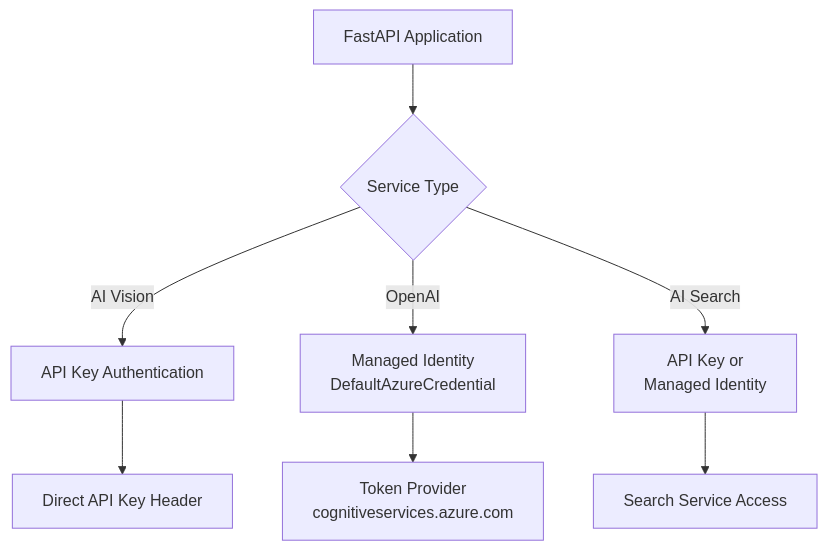
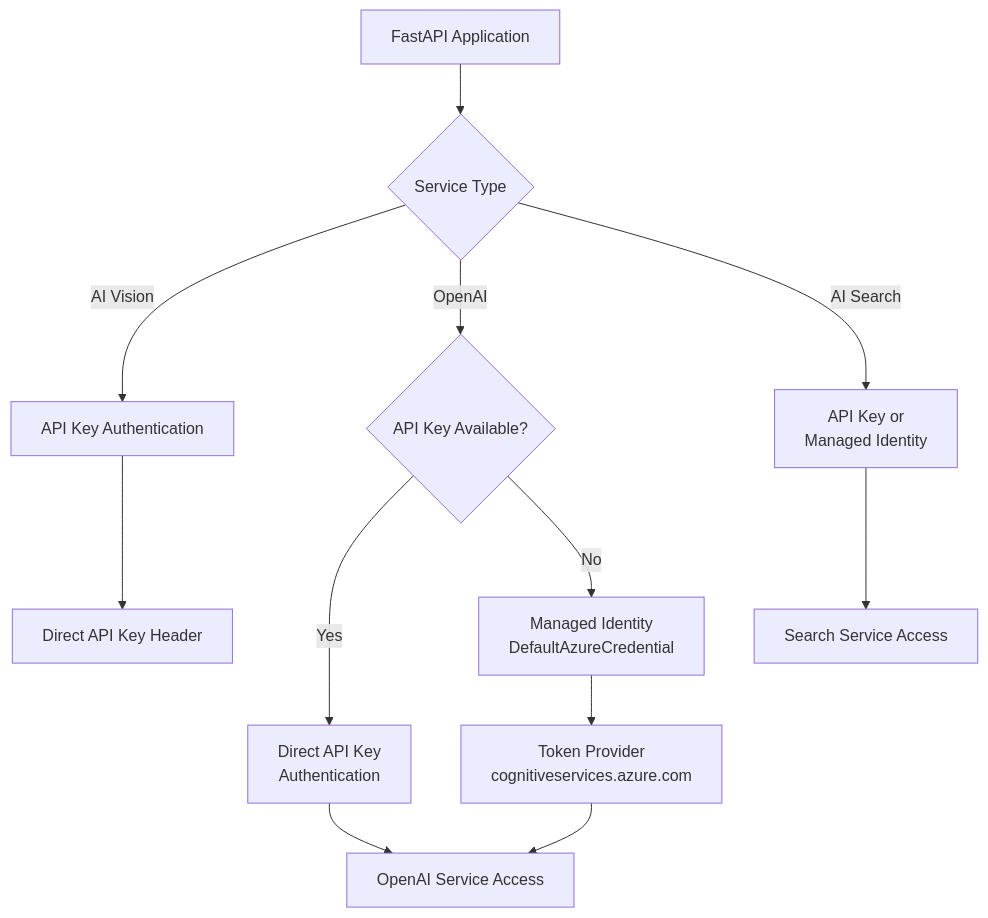
Before and after one commit to MSFT-Innovation-Hub-India/ShopTheLook-MultiModal-Search: the seventh of 7 diagrams in README.md, drawn with Mermaid. The commit also changed other lines of this file and 3 other files, not shown here.

Commit message:
Add Azure OpenAI API key support and update authentication method in services

````diff
--- a/README.md
+++ b/README.md
@@ -479,11 +481,15 @@
 ```mermaid
 graph TD
     A[FastAPI Application] --> B{Service Type}
     B -->|AI Vision| C[API Key Authentication]
-    B -->|OpenAI| D[Managed Identity<br/>DefaultAzureCredential]
+    B -->|OpenAI| D{API Key Available?}
     B -->|AI Search| E[API Key or<br/>Managed Identity]
     
-    D --> F[Token Provider<br/>cognitiveservices.azure.com]
-    C --> G[Direct API Key Header]
-    E --> H[Search Service Access]
+    D -->|Yes| F[Direct API Key<br/>Authentication]
+    D -->|No| G[Managed Identity<br/>DefaultAzureCredential]
+    C --> H[Direct API Key Header]
+    E --> I[Search Service Access]
+    F --> J[OpenAI Service Access]
+    G --> K[Token Provider<br/>cognitiveservices.azure.com]
+    K --> J
 ```
````
